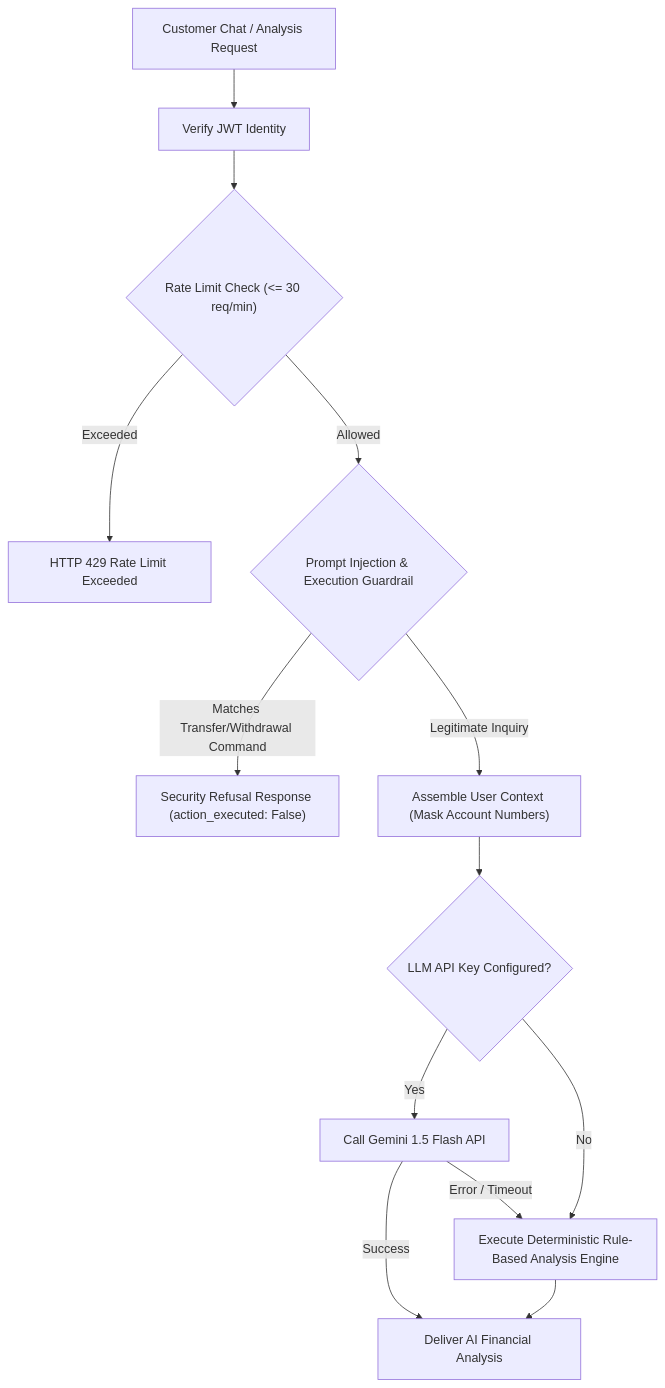
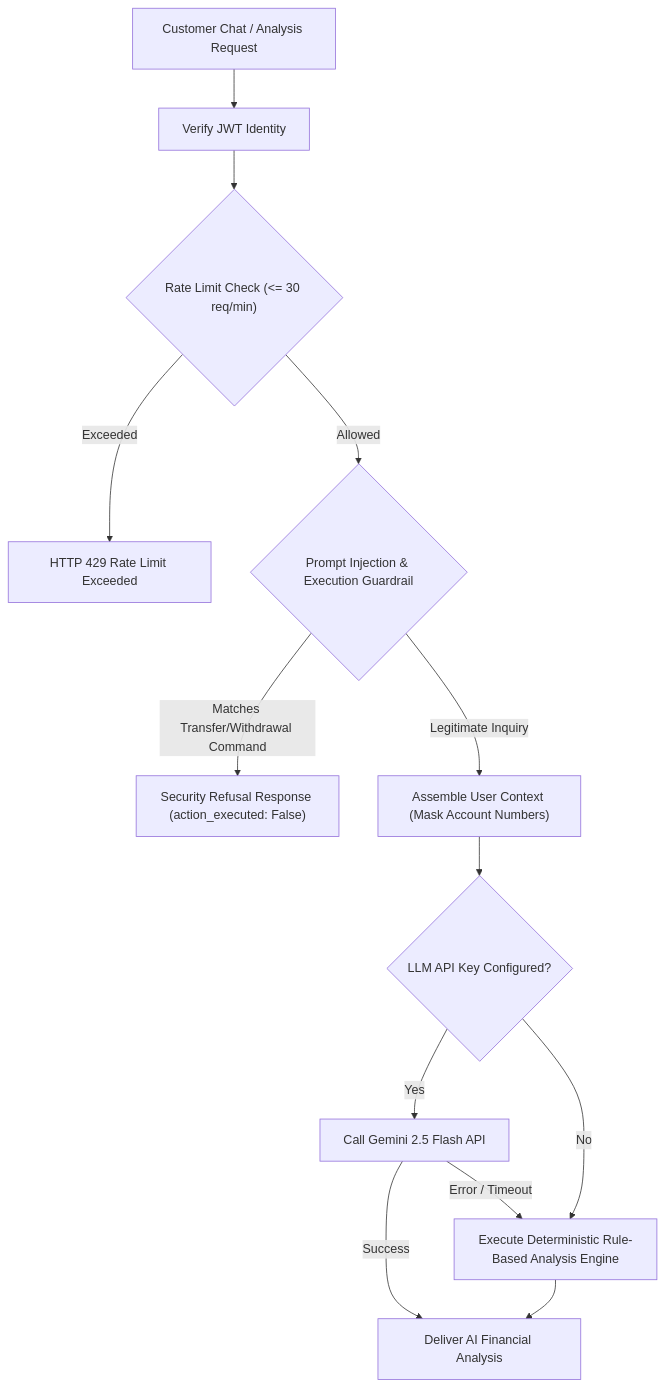
One commit to Karpagavalli-V/Apex changed the fifth of 5 diagrams in docs/SYSTEM_DESIGN.md. Above: the diagram before and after it, drawn with Mermaid. The commit also changed other lines of this file and 5 other files, not shown here.

Commit message:
chore: upgrade GenAI model to gemini-2.5-flash

````diff
--- a/docs/SYSTEM_DESIGN.md
+++ b/docs/SYSTEM_DESIGN.md
@@ -230,18 +230,18 @@
 ```mermaid
 flowchart TD
     UserQuery["Customer Chat / Analysis Request"] --> AuthContext["Verify JWT Identity"]
     AuthContext --> RateLimiter{"Rate Limit Check (<= 30 req/min)"}
     
     RateLimiter -->|Exceeded| Error429["HTTP 429 Rate Limit Exceeded"]
     RateLimiter -->|Allowed| Guardrail{"Prompt Injection & Execution Guardrail"}
     
     Guardrail -->|Matches Transfer/Withdrawal Command| Refusal["Security Refusal Response (action_executed: False)"]
     Guardrail -->|Legitimate Inquiry| ContextBuilder["Assemble User Context (Mask Account Numbers)"]
     
     ContextBuilder --> LLMCheck{"LLM API Key Configured?"}
-    LLMCheck -->|Yes| GeminiCall["Call Gemini 1.5 Flash API"]
+    LLMCheck -->|Yes| GeminiCall["Call Gemini 2.5 Flash API"]
     GeminiCall -->|Success| FormattedReply["Deliver AI Financial Analysis"]
     GeminiCall -->|Error / Timeout| Fallback
     LLMCheck -->|No| Fallback["Execute Deterministic Rule-Based Analysis Engine"]
     Fallback --> FormattedReply
 ```
````
